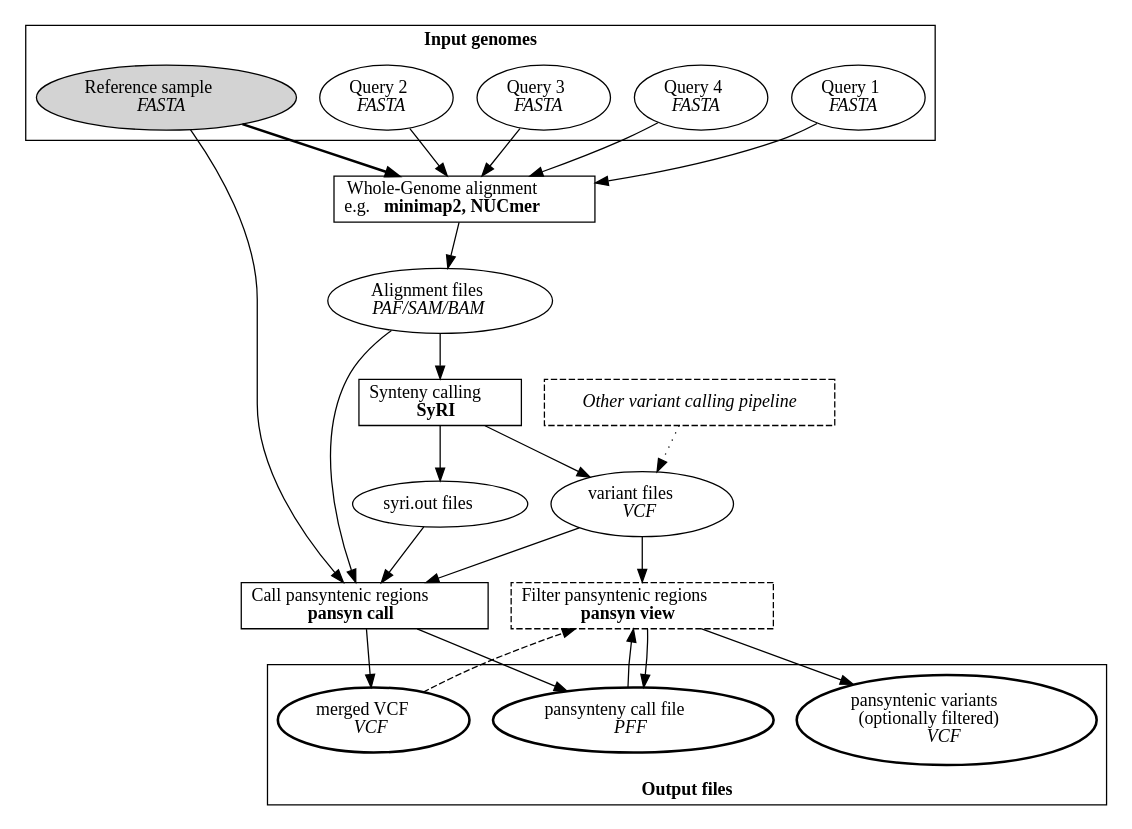
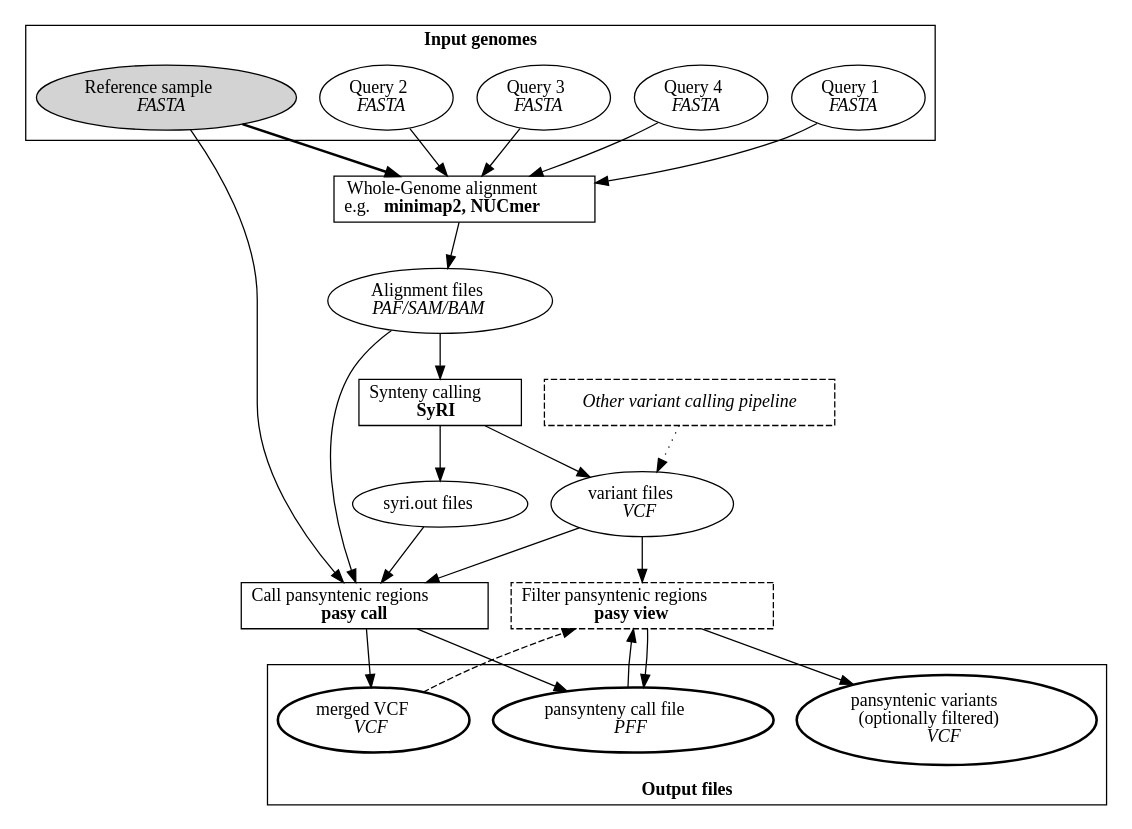
One commit to schneebergerlab/msyd changed the diagram in workflow.dot. Above: the diagram before and after it, drawn with Graphviz. The commit also changed 27 other files, not shown here.

```diff
--- a/workflow.dot
+++ b/workflow.dot
@@ -1,65 +1,65 @@
 digraph example{
 	//rankdir = LR
 	// input files
 	subgraph cluster1{
 			label="Input genomes";
 			fontname="Times-Bold";
 			ref[label=<Reference sample<br/><i>FASTA</i>>, style=filled];
 			Q2[label=<Query 2<br/><i>FASTA</i>>];
 			Q1[label=<Query 1<br/><i>FASTA</i>>];
 			Q4[label=<Query 4<br/><i>FASTA</i>>];
 			Q3[label=<Query 3<br/><i>FASTA</i>>];
 	}
 
 	{
 		// intermediate files
 		//node[style=dashed];
 		syriout[label=<syri.out files>];
 		vcfs[label=<variant files<br/><i>VCF</i>>];
 		alns[label=<Alignment files<br/><i>PAF/SAM/BAM</i>>];
 	}
 
 	{
 		// software tools
 		node[shape=box];
 		aligner [label=<Whole-Genome alignment<br/>e.g. <b>minimap2, NUCmer</b>>]
 		SyRI [label=<Synteny calling<br/><b>SyRI</b>>];
-		call [label=<Call pansyntenic regions<br/><b>pansyn call</b>>];
+		call [label=<Call pansyntenic regions<br/><b>pasy call</b>>];
 		callers [label="Other variant calling pipeline", fontname="Times-Italic", style=dashed];
-		view [label=<Filter pansyntenic regions<br/><b>pansyn view</b>>, style=dashed];
+		view [label=<Filter pansyntenic regions<br/><b>pasy view</b>>, style=dashed];
 	}
 
 	subgraph cluster2{
 		// output files
 		label="Output files";
 		fontname="Times-Bold";
 		labelloc=b;
 		node[style=bold];
 		vcf [label=<merged VCF<br/><i>VCF</i>>];
 		pff [label=<pansynteny call file<br/><i>PFF</i>>];
 		filtered [label=<pansyntenic variants<br/>(optionally filtered)<br/><i>VCF</i>>];
 	}
 
 	Q1 -> aligner;
 	Q2 -> aligner;
 	Q3 -> aligner;
 	Q4 -> aligner;
 	ref -> aligner[style=bold];
 
 	aligner -> alns -> SyRI -> syriout;
 	SyRI -> vcfs
 	callers -> vcfs [style=dotted];
 
 	ref -> call -> pff;
 	vcfs -> call -> vcf;
 	syriout -> call;
 	alns -> call;
 
 	pff -> view -> pff;
 	vcf -> view [style=dashed];
 	vcfs -> view -> filtered;
 
 
 
 
 }
```
